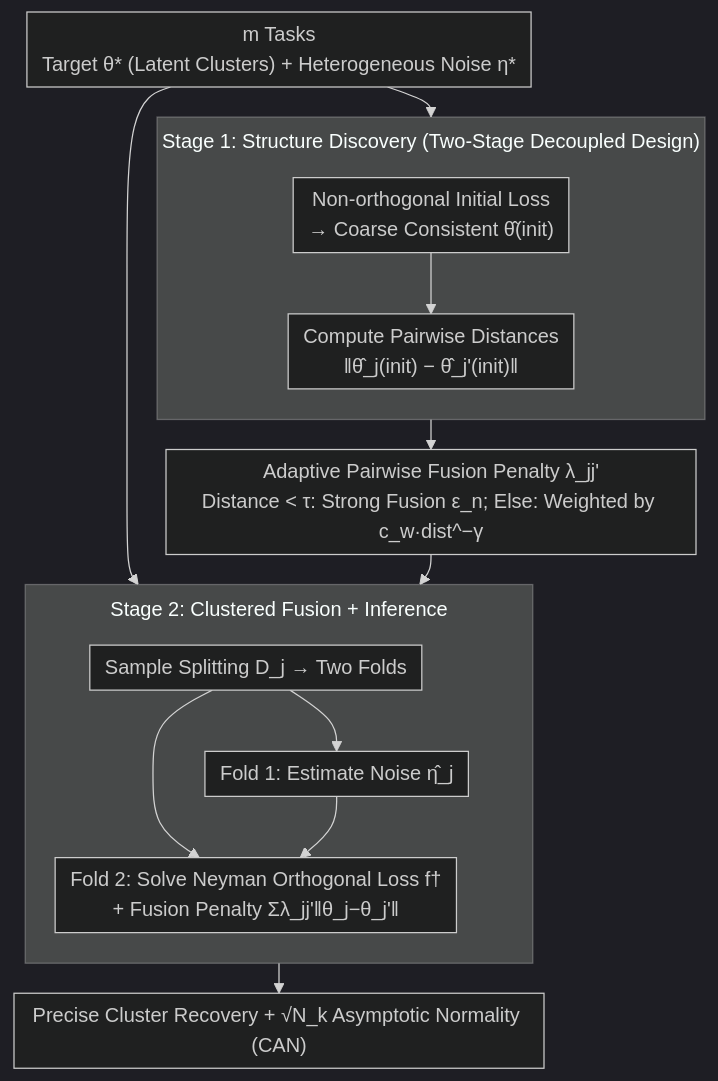
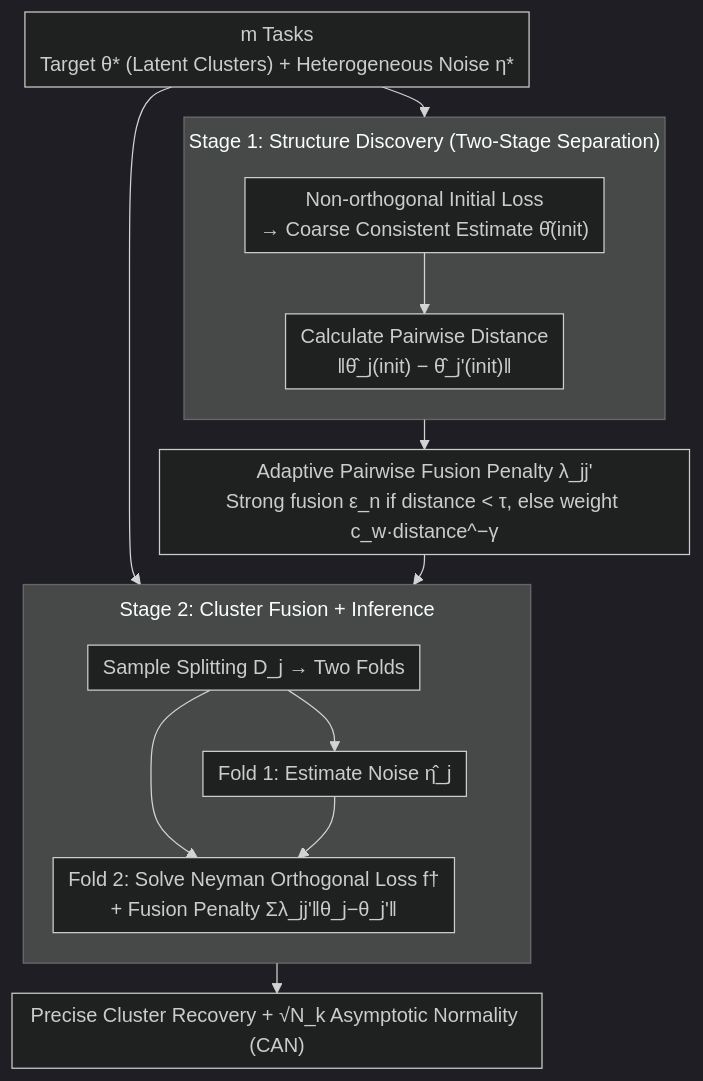
Before and after one commit to zhaoyang97/Paper-Notes-en: the diagram in docs/ICML2026/optimization/adaptive_estimation_and_inference_in_semi-parametric_heterogeneous_clustered_mul.md, drawn with Mermaid (dark theme). The commit also changed other lines of this file and 5084 other files, not shown here.

````diff
--- a/docs/ICML2026/optimization/adaptive_estimation_and_inference_in_semi-parametric_heterogeneous_clustered_mul.md
+++ b/docs/ICML2026/optimization/adaptive_estimation_and_inference_in_semi-parametric_heterogeneous_clustered_mul.md
@@ -56,24 +56,24 @@
 ```mermaid
 %%{init: {'flowchart': {'rankSpacing': 24, 'nodeSpacing': 28, 'padding': 6, 'wrappingWidth': 400, 'subGraphTitleMargin': {'top': 8, 'bottom': 16}}}}%%
 flowchart TD
     A["m Tasks<br/>Target θ* (Latent Clusters) + Heterogeneous Noise η*"]
 
-    subgraph S1["Stage 1: Structure Discovery (Two-Stage Decoupled Design)"]
+    subgraph S1["Stage 1: Structure Discovery (Two-Stage Separation)"]
         direction TB
-        B["Non-orthogonal Initial Loss<br/>→ Coarse Consistent θ̂(init)"] --> C["Compute Pairwise Distances<br/>‖θ̂_j(init) − θ̂_j'(init)‖"]
+        B["Non-orthogonal Initial Loss<br/>→ Coarse Consistent Estimate θ̂(init)"] --> C["Calculate Pairwise Distance<br/>‖θ̂_j(init) − θ̂_j'(init)‖"]
     end
 
     A --> S1
-    C --> D["Adaptive Pairwise Fusion Penalty λ_jj'<br/>Distance < τ: Strong Fusion ε_n; Else: Weighted by c_w·dist^−γ"]
+    C --> D["Adaptive Pairwise Fusion Penalty λ_jj'<br/>Strong fusion ε_n if distance < τ, else weight c_w·distance^−γ"]
 
-    subgraph S2["Stage 2: Clustered Fusion + Inference"]
+    subgraph S2["Stage 2: Cluster Fusion + Inference"]
         direction TB
         E["Sample Splitting D_j → Two Folds"] --> F["Fold 1: Estimate Noise η̂_j"]
         E --> G["Fold 2: Solve Neyman Orthogonal Loss f†<br/>+ Fusion Penalty Σλ_jj'‖θ_j−θ_j'‖"]
         F --> G
     end
 
     A --> S2
     D --> S2
     S2 --> H["Precise Cluster Recovery + √N_k Asymptotic Normality (CAN)"]
 ```
````
